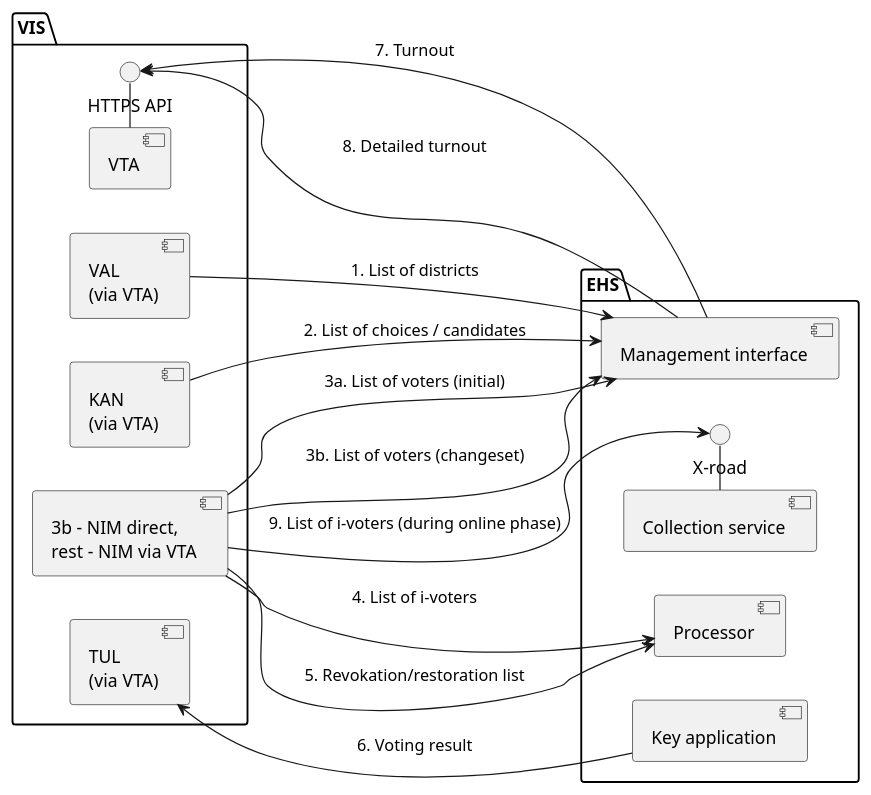
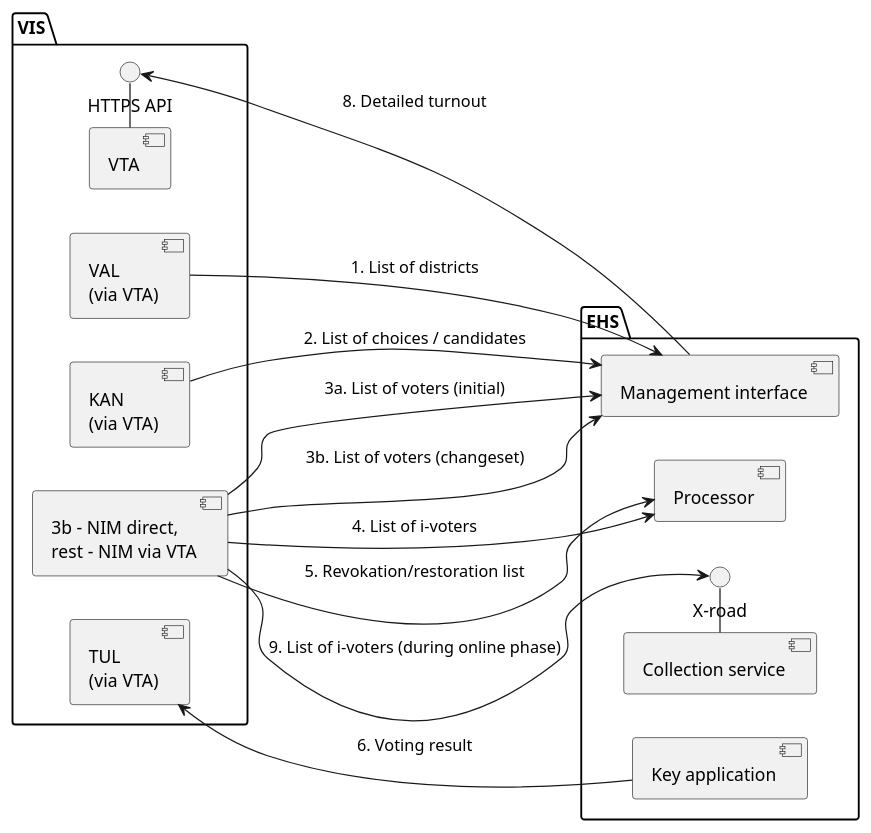
Before and after one commit to e-gov/VIS3-EHS: the diagram in img/vis-ehs.en.puml, drawn with PlantUML. The commit also changed 23 other files, not shown here.

```diff
--- a/img/vis-ehs.en.puml
+++ b/img/vis-ehs.en.puml
@@ -1,73 +1,72 @@
 @startuml
 
 left to right direction
 
 package VIS {
 
   component "VAL\n(via VTA)" as VAL {
   }
 
   component "KAN\n(via VTA)" as KAN {
   }
 
   component "3b - NIM direct,\nrest - NIM via VTA" as NIM {
   }
 
   component "TUL\n(via VTA)" as TUL {
   }
 
   () "HTTPS API" as i_vta
 
 
   component "VTA" as VTA {
 
   }
 
   component "NIM" as NIM {
   }
 
 
 }
 
 
 
 package EHS {
 
   component "Management interface" as haldus
 
   () "X-road" as i_xroad
 
   component "Collection service" as collector
 
   component "Processor" as processor
 
   component "Key application" as key
 
 }
 
 
 VAL --> haldus: 1. List of districts
 KAN --> haldus: 2. List of choices / candidates
 
 NIM --> haldus: 3a. List of voters (initial)
 NIM --> haldus: 3b. List of voters (changeset)
 NIM --> processor: 4. List of i-voters
 NIM --> processor: 5. Revokation/restoration list
 
 
 TUL <-- key: 6. Voting result
 
 VTA - i_vta
 
-i_vta <-- haldus: 7. Turnout
 
 i_vta <-- haldus: 8. Detailed turnout
 
 
 NIM --> i_xroad: 9. List of i-voters (during online phase)
 collector - i_xroad
 
 
 
 
 @enduml
```
